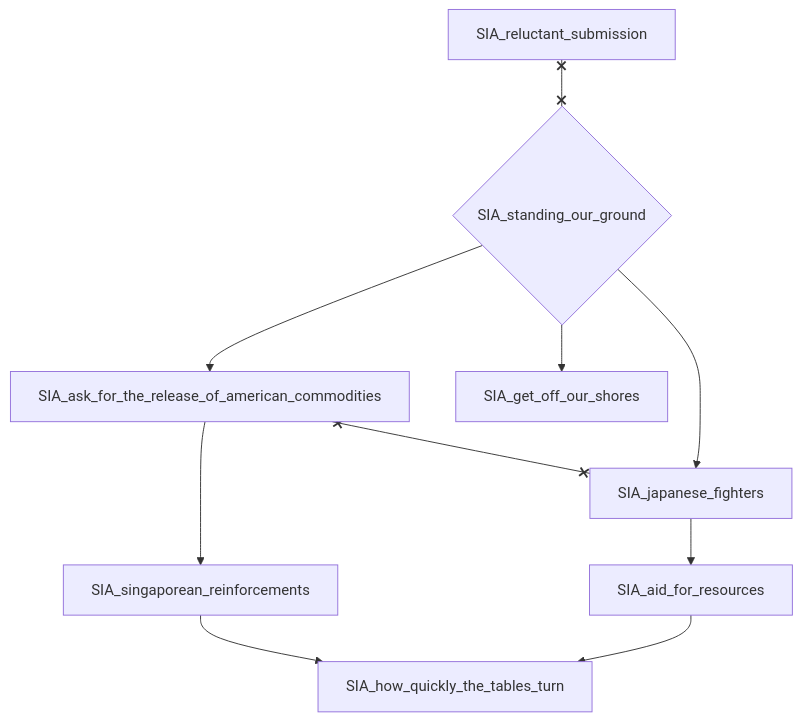
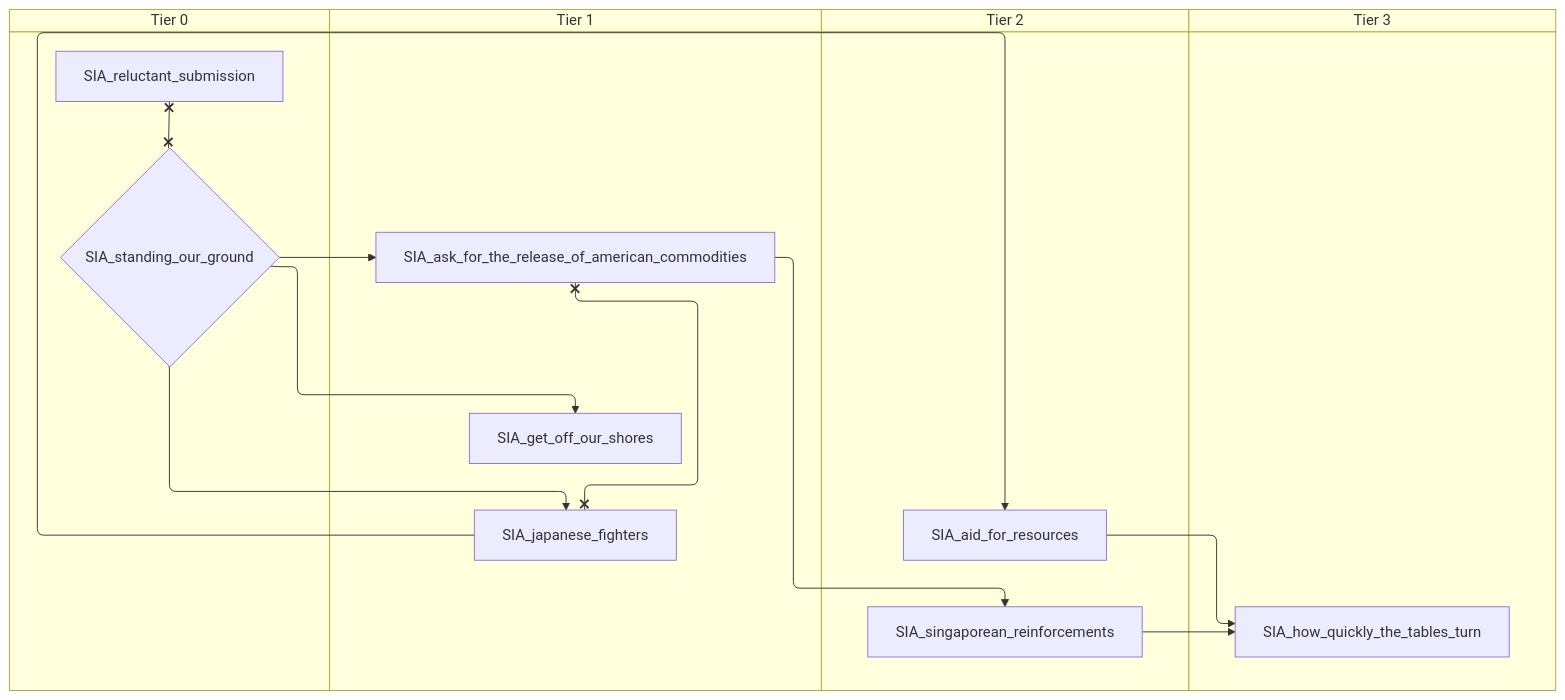
One commit to evgeny-sobol/hoi4-sandbox-mode-r56 changed the fourth of 6 diagrams in docs/gdd/National Focuses/r56/siam.md. Above: the diagram before and after it, drawn with Mermaid. The commit also changed other lines of this file and 423 other files, not shown here.

First line of the commit message:
Re-export Rt56 focus trees as swimlane diagrams

````diff
--- a/docs/gdd/National Focuses/r56/siam.md
+++ b/docs/gdd/National Focuses/r56/siam.md
@@ -191,20 +233,28 @@
 ```mermaid
-flowchart TD
-    n75["SIA_aid_for_resources"]
-    n76["SIA_ask_for_the_release_of_american_commodities"]
-    n77["SIA_get_off_our_shores"]
-    n78["SIA_how_quickly_the_tables_turn"]
-    n79["SIA_japanese_fighters"]
-    n53["SIA_reluctant_submission"]
-    n80["SIA_singaporean_reinforcements"]
-    n56{"SIA_standing_our_ground"}
-    n79 --> n75
-    n56 --> n76
-    n56 --> n77
-    n80 --> n78
-    n75 --> n78
-    n56 --> n79
-    n76 --> n80
-    n76 x--x n79
-    n53 x--x n56
+swimlane-beta TD
+    subgraph tier_0["Tier 0"]
+        n45["SIA_reluctant_submission"]
+        n46{"SIA_standing_our_ground"}
+    end
+    subgraph tier_1["Tier 1"]
+        n75["SIA_ask_for_the_release_of_american_commodities"]
+        n76["SIA_get_off_our_shores"]
+        n77["SIA_japanese_fighters"]
+    end
+    subgraph tier_2["Tier 2"]
+        n78["SIA_aid_for_resources"]
+        n79["SIA_singaporean_reinforcements"]
+    end
+    subgraph tier_3["Tier 3"]
+        n80["SIA_how_quickly_the_tables_turn"]
+    end
+    n77 --> n78
+    n46 --> n75
+    n46 --> n76
+    n79 --> n80
+    n78 --> n80
+    n46 --> n77
+    n75 --> n79
+    n75 x--x n77
+    n45 x--x n46
 ```
````
